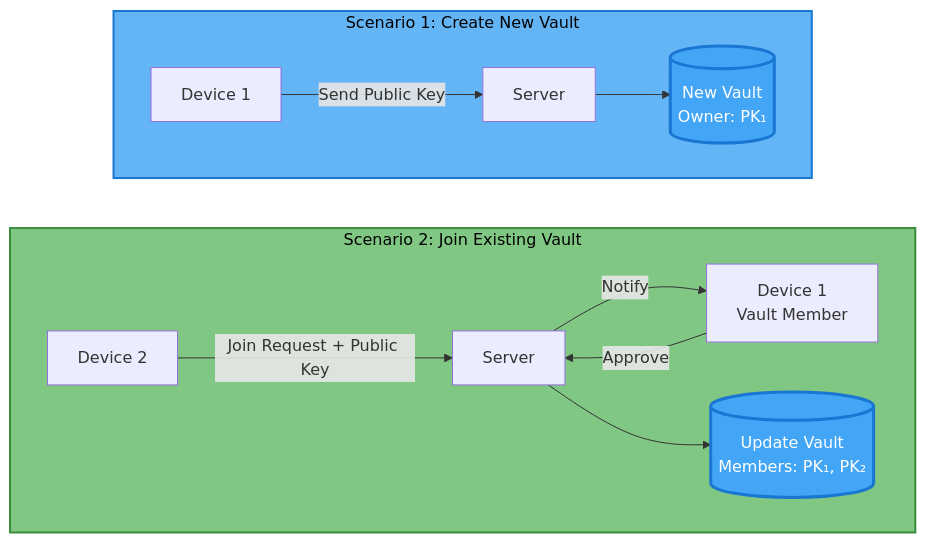
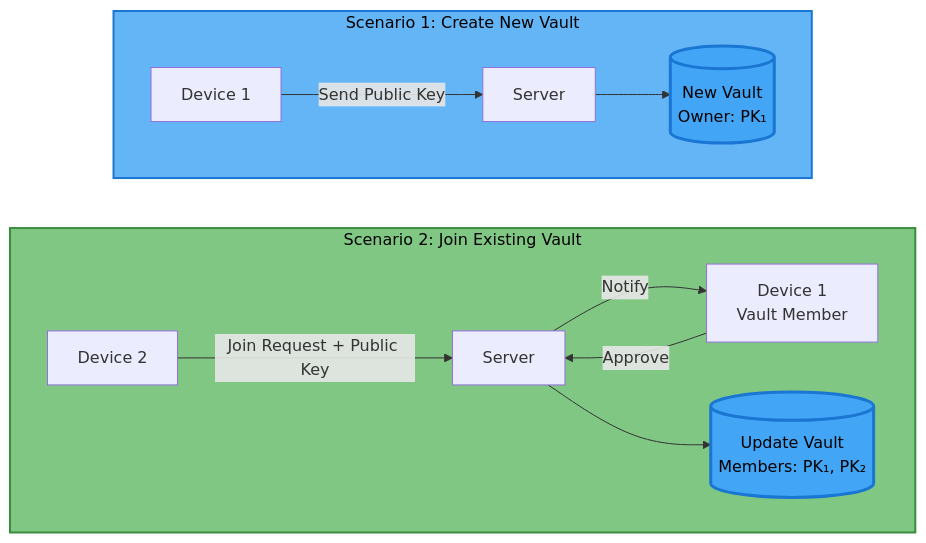
The fifth of 12 diagrams in docs/meta-secret-technical-presentation.md (meta-secret/meta-secret-core), drawn with Mermaid before and after one commit. The commit also changed other lines of this file, not shown here.

````diff
--- a/docs/meta-secret-technical-presentation.md
+++ b/docs/meta-secret-technical-presentation.md
@@ -320,21 +320,21 @@
 ```mermaid
 flowchart RL
     subgraph JOIN["Scenario 2: Join Existing Vault"]
         direction LR
         D2[Device 2] -->|Join Request + Public Key| S2[Server]
         S2 -->|Notify| D1B[Device 1<br/>Vault Member]
         D1B -->|Approve| S2
         S2 --> V2[(Update Vault<br/>Members: PK₁, PK₂)]
     end
 
     subgraph CREATE["Scenario 1: Create New Vault"]
         direction LR
         D1[Device 1] -->|Send Public Key| S1[Server]
         S1 --> V1[(New Vault<br/>Owner: PK₁)]
     end
     
-    style V1 fill:#42a5f5,color:#fff,stroke:#1976d2,stroke-width:3px
-    style V2 fill:#42a5f5,color:#fff,stroke:#1976d2,stroke-width:3px
+    style V1 fill:#42a5f5,color:#000,stroke:#1976d2,stroke-width:3px
+    style V2 fill:#42a5f5,color:#000,stroke:#1976d2,stroke-width:3px
     style CREATE fill:#64b5f6,color:#000,stroke:#1976d2,stroke-width:2px
     style JOIN fill:#81c784,color:#000,stroke:#388e3c,stroke-width:2px
 ```
````
